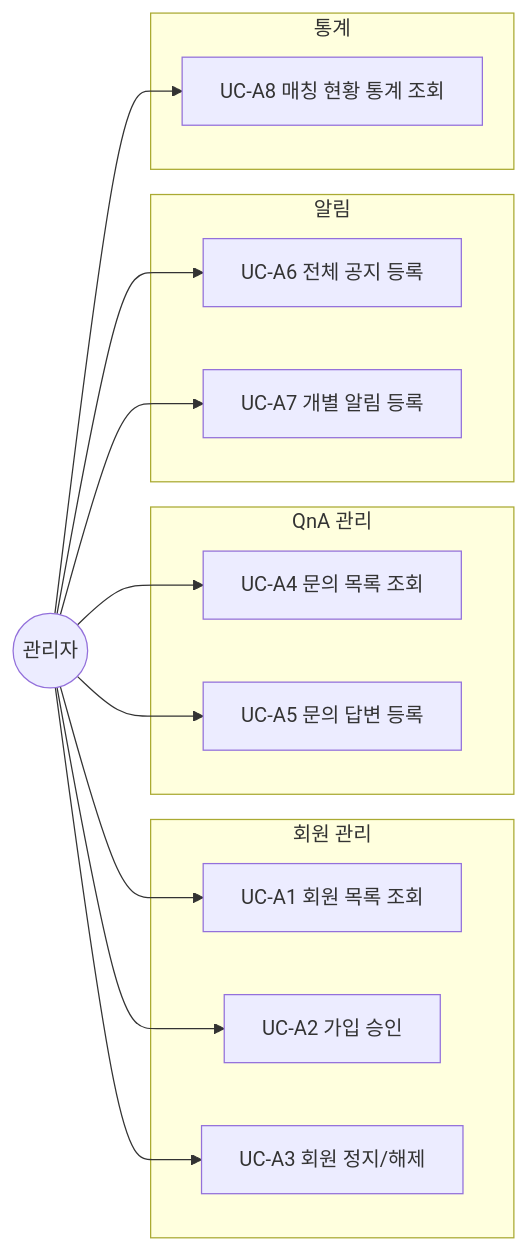
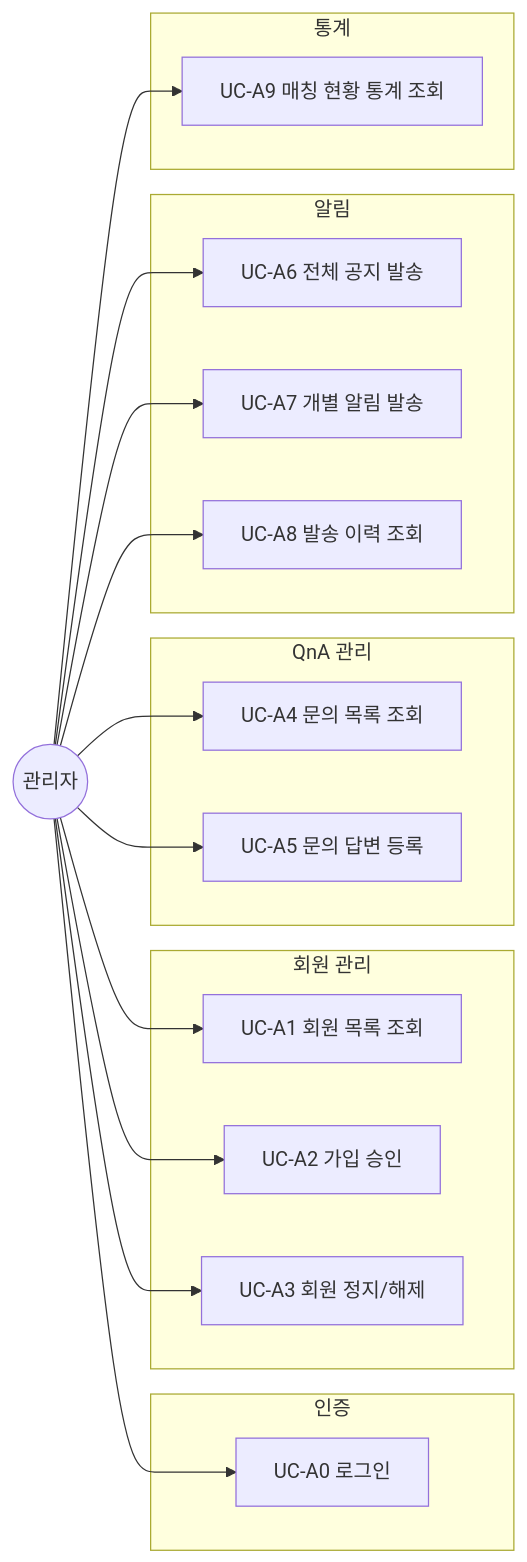
One commit to hello-pebble/MatchSimulation changed the first of 2 diagrams in docs/usecase.md. Above: the diagram before and after it, drawn with Mermaid. The commit also changed other lines of this file and 134 other files, not shown here.

````diff
--- a/docs/usecase.md
+++ b/docs/usecase.md
@@ -52,26 +10,31 @@
 ```mermaid
 graph LR
     A((관리자))
 
+    subgraph "인증"
+        AC0[UC-A0 로그인]
+    end
     subgraph "회원 관리"
         AC1[UC-A1 회원 목록 조회]
         AC2[UC-A2 가입 승인]
         AC3[UC-A3 회원 정지/해제]
     end
     subgraph "QnA 관리"
         AC4[UC-A4 문의 목록 조회]
         AC5[UC-A5 문의 답변 등록]
     end
     subgraph "알림"
-        AC6[UC-A6 전체 공지 등록]
-        AC7[UC-A7 개별 알림 등록]
+        AC6[UC-A6 전체 공지 발송]
+        AC7[UC-A7 개별 알림 발송]
+        AC8[UC-A8 발송 이력 조회]
     end
     subgraph "통계"
-        AC8[UC-A8 매칭 현황 통계 조회]
+        AC9[UC-A9 매칭 현황 통계 조회]
     end
 
+    A --> AC0
     A --> AC1 & AC2 & AC3
     A --> AC4 & AC5
-    A --> AC6 & AC7
-    A --> AC8
+    A --> AC6 & AC7 & AC8
+    A --> AC9
 ```
````
